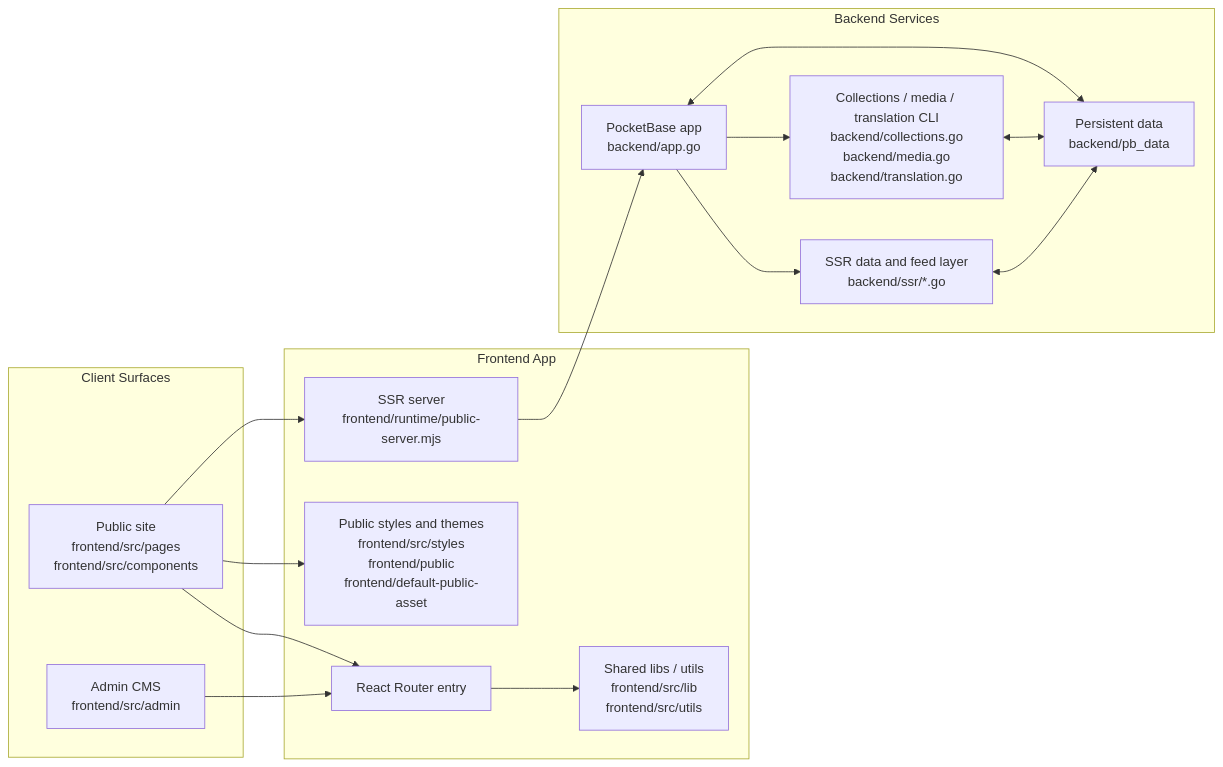
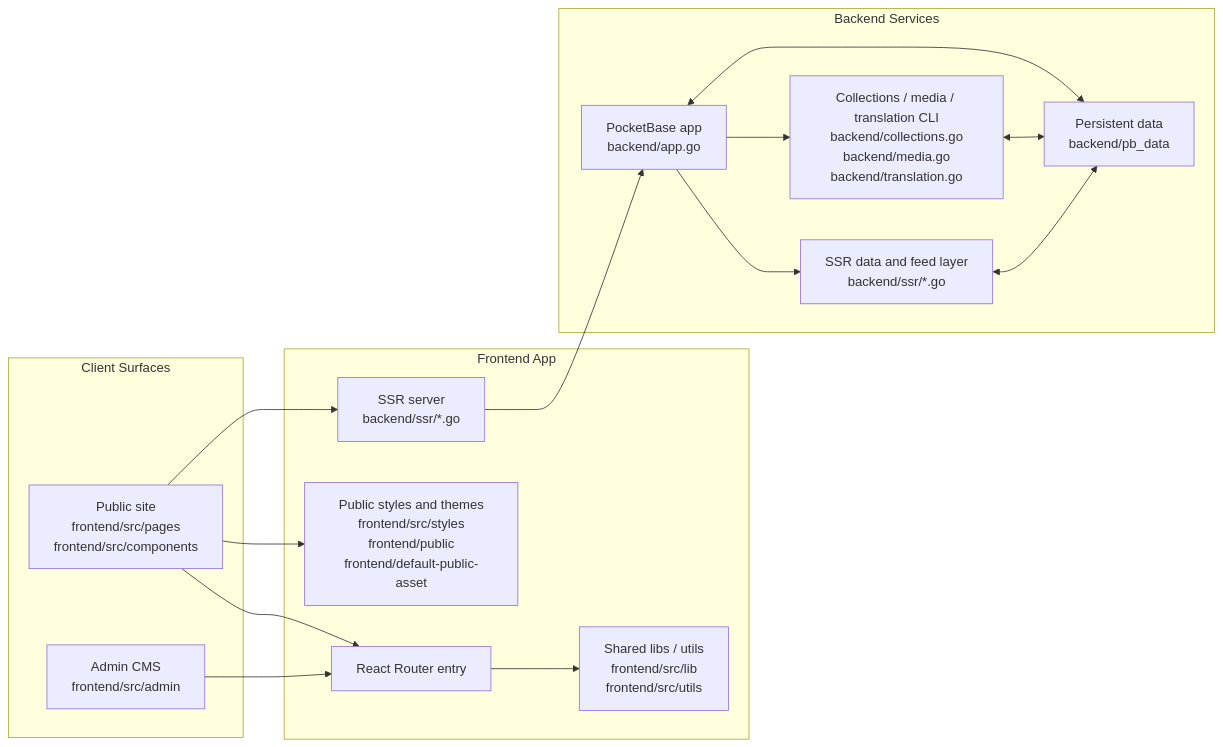
Before and after one commit to haturatu/alleycat: the diagram in README.md, drawn with Mermaid. The commit also changed other lines of this file and 2 other files, not shown here.

Commit message:
fix: remove public-server.mjs

````diff
--- a/README.md
+++ b/README.md
@@ -29,33 +29,33 @@
 ```mermaid
 flowchart LR
   subgraph Client["Client Surfaces"]
     Public["Public site<br/>frontend/src/pages<br/>frontend/src/components"]
     Admin["Admin CMS<br/>frontend/src/admin"]
   end
 
   subgraph Frontend["Frontend App"]
     Router["React Router entry"]
     Shared["Shared libs / utils<br/>frontend/src/lib<br/>frontend/src/utils"]
     Theme["Public styles and themes<br/>frontend/src/styles<br/>frontend/public<br/>frontend/default-public-asset"]
-    SSR["SSR server<br/>frontend/runtime/public-server.mjs"]
+    SSR["SSR server<br/>backend/ssr/*.go"]
   end
 
   subgraph Backend["Backend Services"]
     PB["PocketBase app<br/>backend/app.go"]
     Collections["Collections / media / translation CLI<br/>backend/collections.go<br/>backend/media.go<br/>backend/translation.go"]
     SSRData["SSR data and feed layer<br/>backend/ssr/*.go"]
     Data["Persistent data<br/>backend/pb_data"]
   end
 
   Public --> Router
   Admin --> Router
   Router --> Shared
   Public --> Theme
   Public --> SSR
   SSR --> PB
   PB --> Collections
   PB --> SSRData
   PB <--> Data
   Collections <--> Data
   SSRData <--> Data
 ```
````
